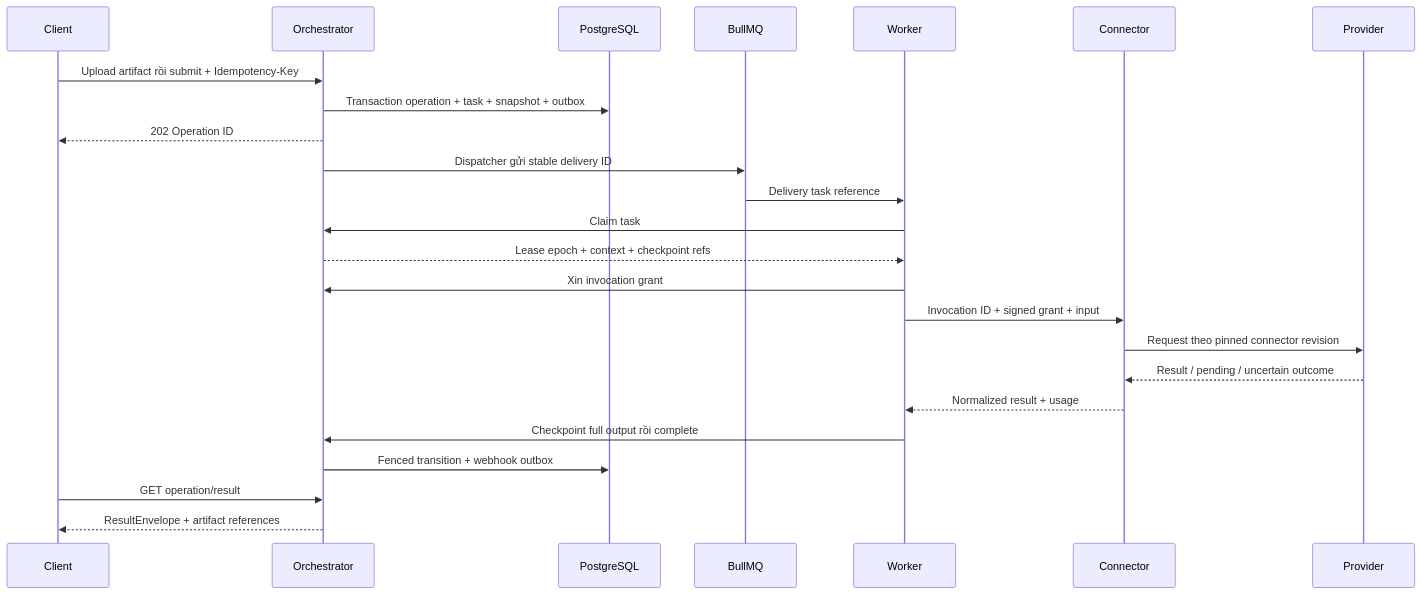
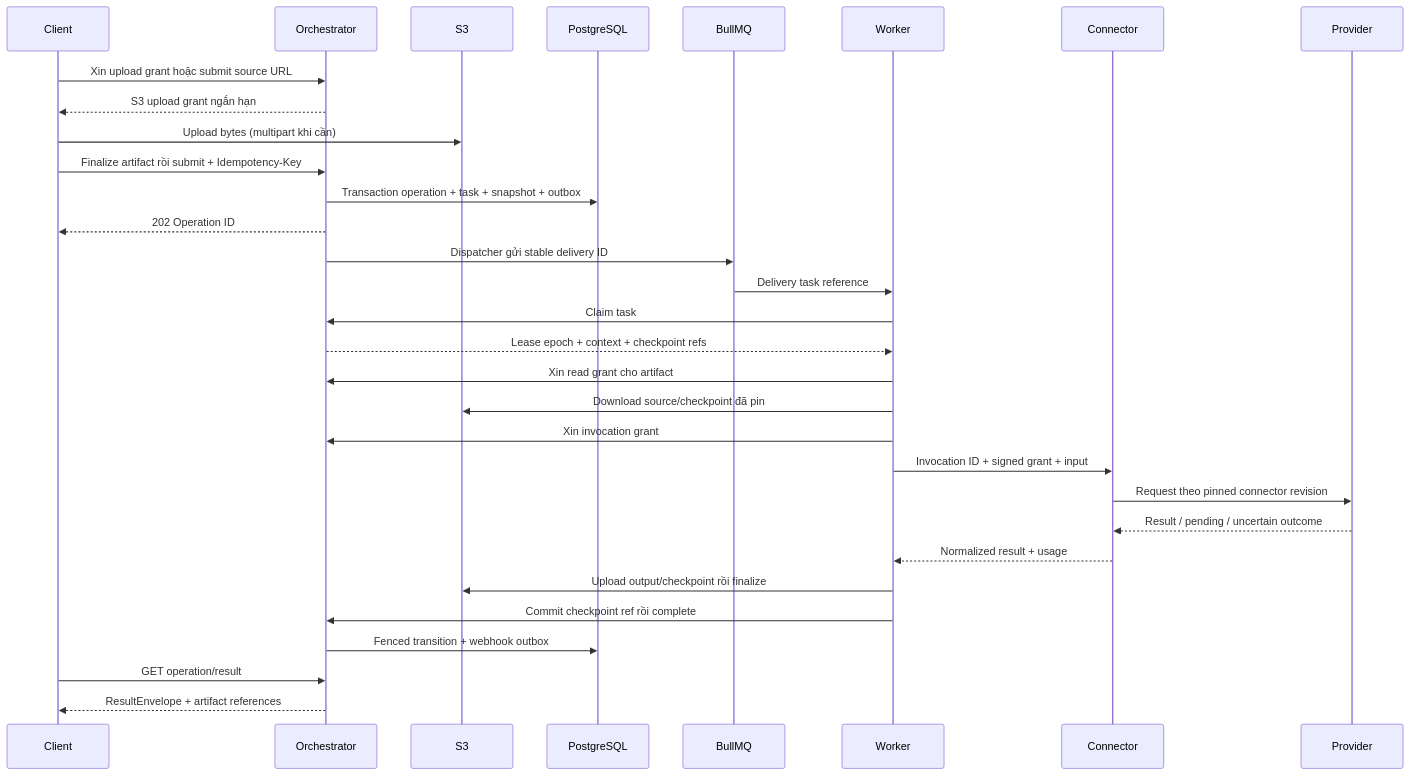
The second of 2 diagrams in du-rework/architecture/02-application.md (OrgGem/dugate), drawn with Mermaid before and after one commit. The commit also changed other lines of this file and 595 other files, not shown here.

````diff
--- a/du-rework/architecture/02-application.md
+++ b/du-rework/architecture/02-application.md
@@ -41,26 +45,33 @@
 ```mermaid
 sequenceDiagram
   participant U as Client
   participant O as Orchestrator
+  participant S as S3
   participant DB as PostgreSQL
   participant Q as BullMQ
   participant W as Worker
   participant C as Connector
   participant L as Provider
-  U->>O: Upload artifact rồi submit + Idempotency-Key
+  U->>O: Xin upload grant hoặc submit source URL
+  O-->>U: S3 upload grant ngắn hạn
+  U->>S: Upload bytes (multipart khi cần)
+  U->>O: Finalize artifact rồi submit + Idempotency-Key
   O->>DB: Transaction operation + task + snapshot + outbox
   O-->>U: 202 Operation ID
   O->>Q: Dispatcher gửi stable delivery ID
   Q->>W: Delivery task reference
   W->>O: Claim task
   O-->>W: Lease epoch + context + checkpoint refs
+  W->>O: Xin read grant cho artifact
+  W->>S: Download source/checkpoint đã pin
   W->>O: Xin invocation grant
   W->>C: Invocation ID + signed grant + input
   C->>L: Request theo pinned connector revision
   L-->>C: Result / pending / uncertain outcome
   C-->>W: Normalized result + usage
-  W->>O: Checkpoint full output rồi complete
+  W->>S: Upload output/checkpoint rồi finalize
+  W->>O: Commit checkpoint ref rồi complete
   O->>DB: Fenced transition + webhook outbox
   U->>O: GET operation/result
   O-->>U: ResultEnvelope + artifact references
 ```
````
